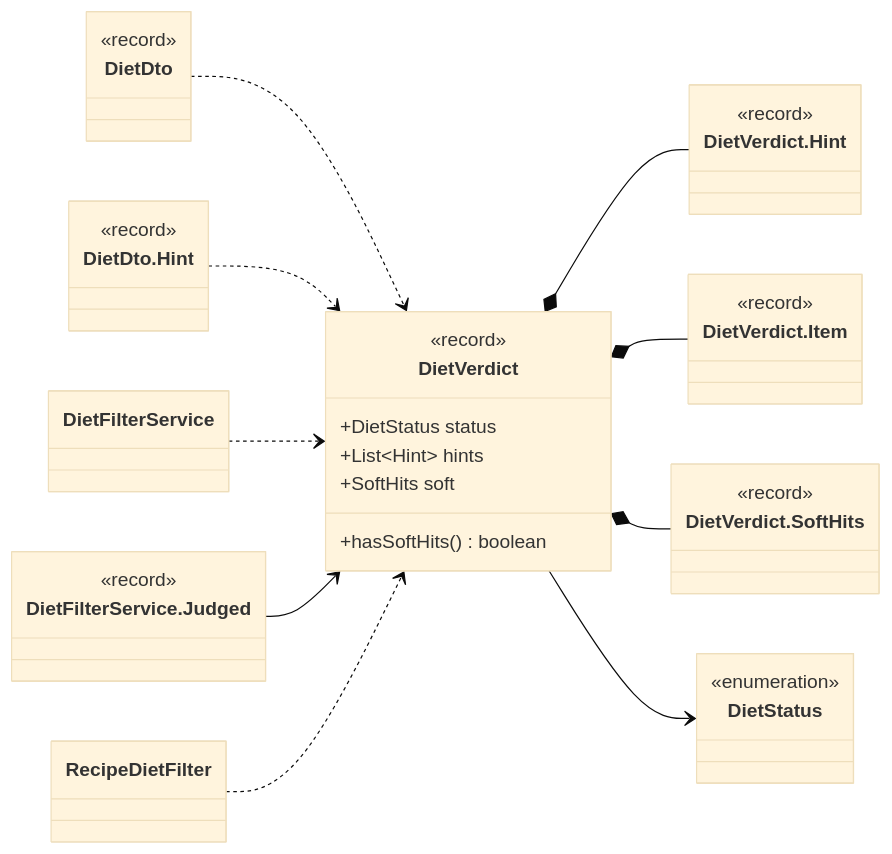
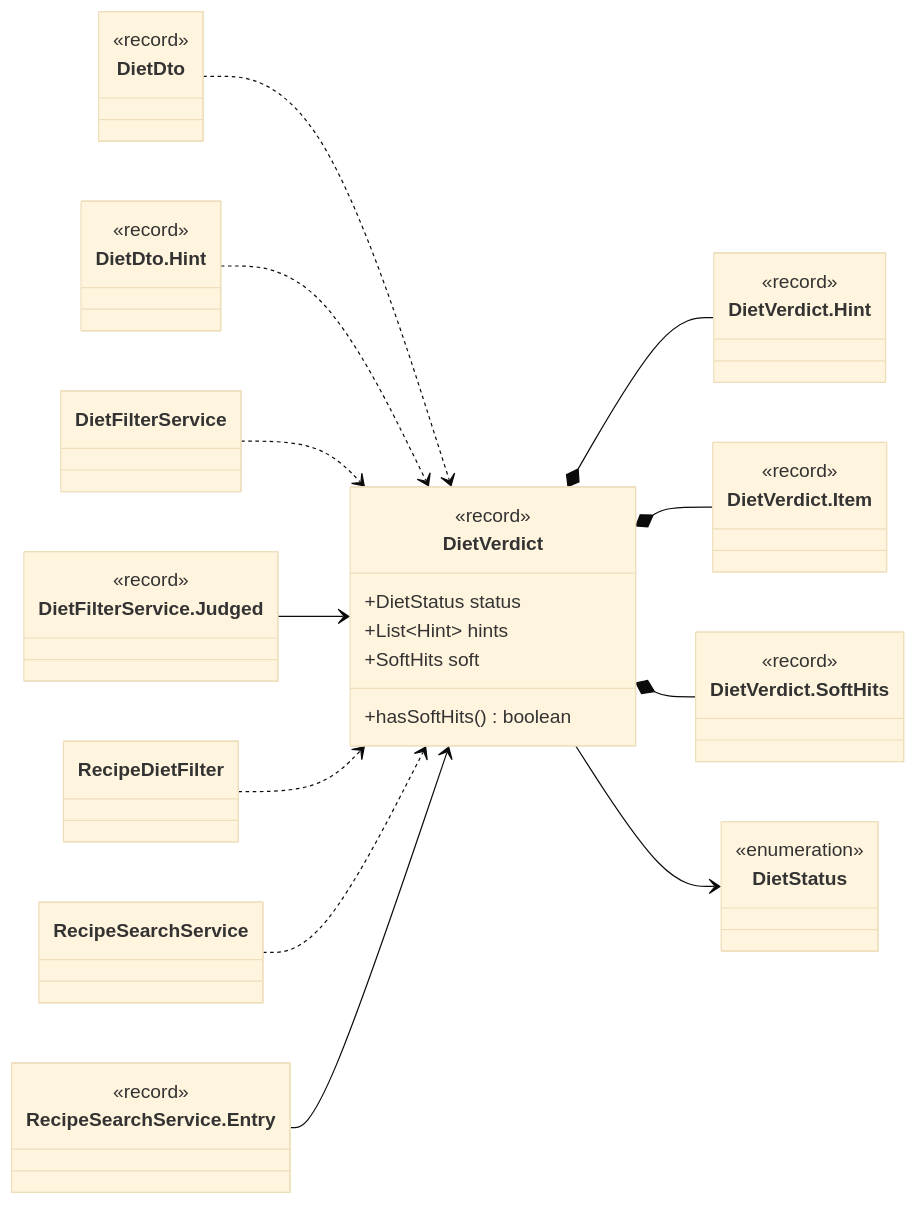
Before and after one commit to Nate-ryan-7690/dahaem: the tenth of 15 diagrams in docs/classes/diet.md, drawn with Mermaid (base theme). The commit also changed other lines of this file and 35 other files, not shown here.

First line of the commit message:
Recipe search and paging for GET /api/recipes

````diff
--- a/docs/classes/diet.md
+++ b/docs/classes/diet.md
@@ -398,43 +465,49 @@
 ```mermaid
 classDiagram
     direction LR
     class diet_DietVerdict["DietVerdict"] {
         <<record>>
         +DietStatus status
         +List~Hint~ hints
         +SoftHits soft
         +hasSoftHits() boolean
     }
     class diet_DietVerdict_Hint["DietVerdict.Hint"] {
         <<record>>
     }
     class diet_DietVerdict_Item["DietVerdict.Item"] {
         <<record>>
     }
     class diet_DietVerdict_SoftHits["DietVerdict.SoftHits"] {
         <<record>>
     }
     class diet_DietStatus["DietStatus"] {
         <<enumeration>>
     }
     class diet_DietFilterService_Judged["DietFilterService.Judged"] {
         <<record>>
     }
+    class mealplanner_RecipeSearchService_Entry["RecipeSearchService.Entry"] {
+        <<record>>
+    }
     class api_DietDto["DietDto"] {
         <<record>>
     }
     class api_DietDto_Hint["DietDto.Hint"] {
         <<record>>
     }
     class diet_DietFilterService["DietFilterService"]
     class diet_RecipeDietFilter["RecipeDietFilter"]
+    class mealplanner_RecipeSearchService["RecipeSearchService"]
     diet_DietVerdict *-- diet_DietVerdict_Hint
     diet_DietVerdict *-- diet_DietVerdict_Item
     diet_DietVerdict *-- diet_DietVerdict_SoftHits
     diet_DietVerdict --> diet_DietStatus
     api_DietDto ..> diet_DietVerdict
     api_DietDto_Hint ..> diet_DietVerdict
     diet_DietFilterService ..> diet_DietVerdict
     diet_DietFilterService_Judged --> diet_DietVerdict
     diet_RecipeDietFilter ..> diet_DietVerdict
+    mealplanner_RecipeSearchService ..> diet_DietVerdict
+    mealplanner_RecipeSearchService_Entry --> diet_DietVerdict
 ```
````
